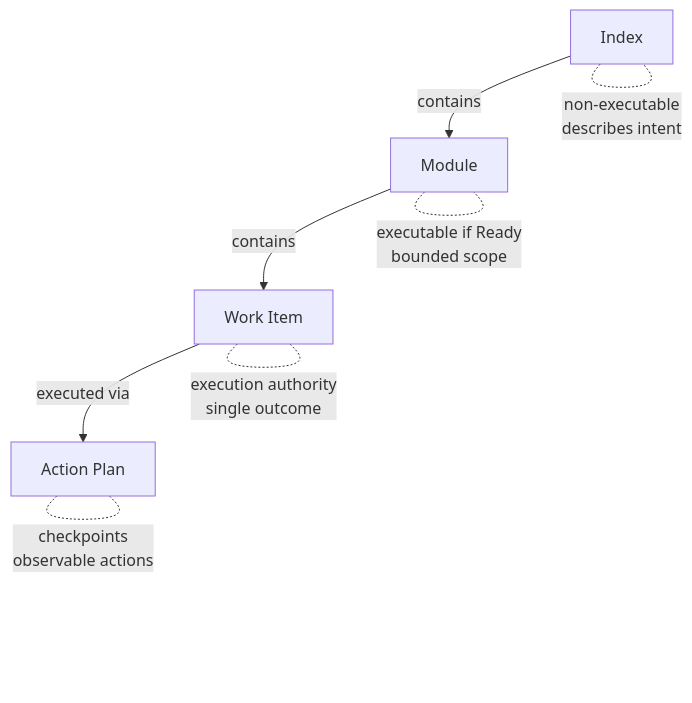
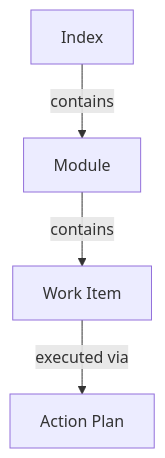
One commit to EddaCraft/anvil-plan-spec changed the diagram in README.md. Above: the diagram before and after it, drawn with Mermaid. The commit also changed other lines of this file and 29 other files, not shown here.

````diff
--- a/README.md
+++ b/README.md
@@ -51,11 +114,6 @@
 ```mermaid
 graph TD
     A[Index] -->|contains| B[Module]
     B -->|contains| C[Work Item]
     C -->|executed via| D[Action Plan]
-
-    A -.-|"non-executable<br/>describes intent"| A
-    B -.-|"executable if Ready<br/>bounded scope"| B
-    C -.-|"execution authority<br/>single outcome"| C
-    D -.-|"checkpoints<br/>observable actions"| D
 ```
````
